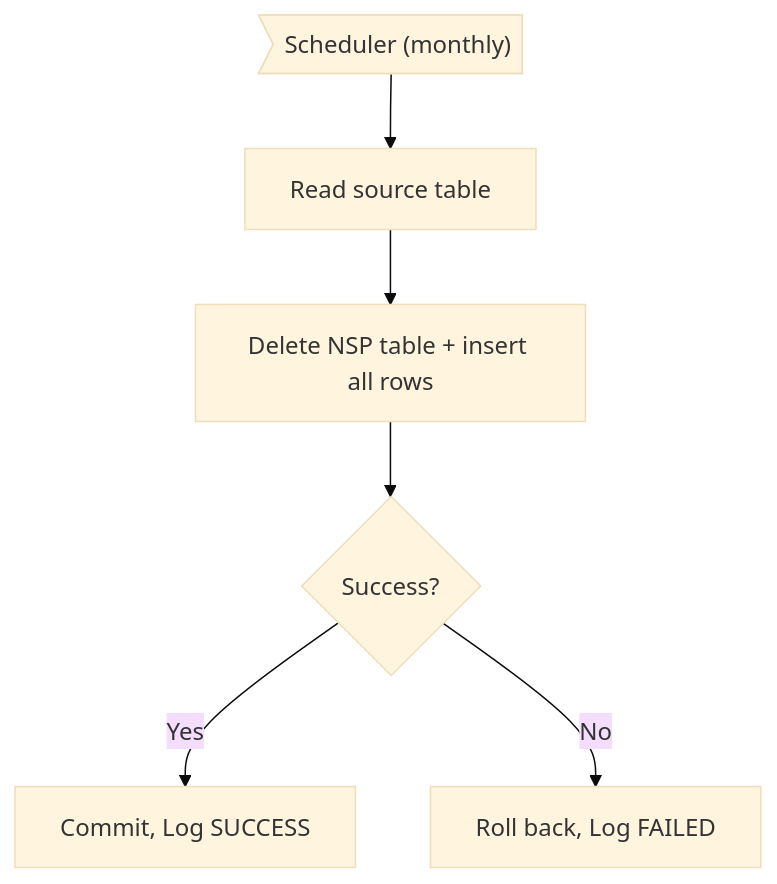
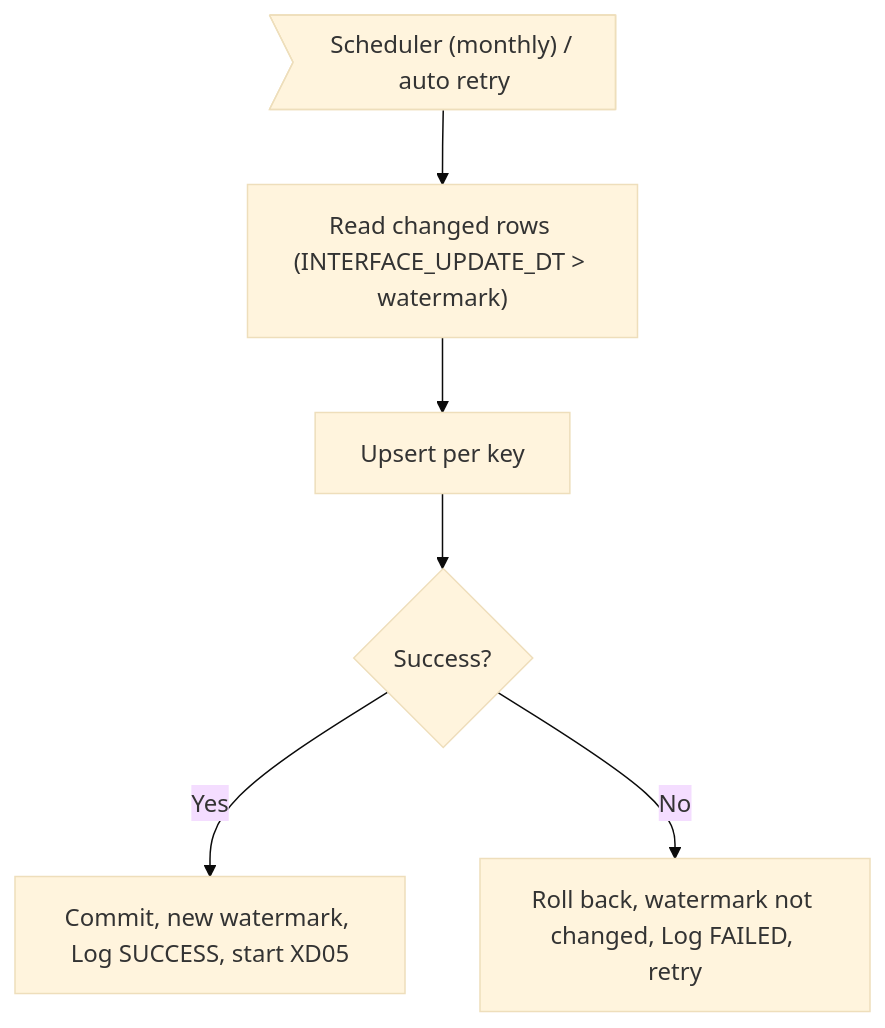
Before and after one commit to ivanrayhannn/crossdockpoc: the first of 2 diagrams in prepare_code/uiss/XD04_Batch_ActualDemandSummarySync.md, drawn with Mermaid (base theme). The commit also changed other lines of this file and 23 other files, not shown here.

First line of the commit message:
XD04 revision (6-Nov): delta read by INTERFACE_UPDATE_DT, retry 3x, XD05 only after success

````diff
--- a/prepare_code/uiss/XD04_Batch_ActualDemandSummarySync.md
+++ b/prepare_code/uiss/XD04_Batch_ActualDemandSummarySync.md
@@ -25,14 +26,14 @@
 ```mermaid
 flowchart TB
-  a>"Scheduler (monthly)"]
-  b["Read source table"]
-  c["Delete NSP table + insert all rows"]
+  a>"Scheduler (monthly) / auto retry"]
+  b["Read changed rows (INTERFACE_UPDATE_DT > watermark)"]
+  c["Upsert per key"]
   d{"Success?"}
-  e["Commit, Log SUCCESS"]
-  f["Roll back, Log FAILED"]
+  e["Commit, new watermark, Log SUCCESS, start XD05"]
+  f["Roll back, watermark not changed, Log FAILED, retry"]
   a --> b
   b --> c
   c --> d
   d -->|Yes| e
   d -->|No| f
 ```
````
